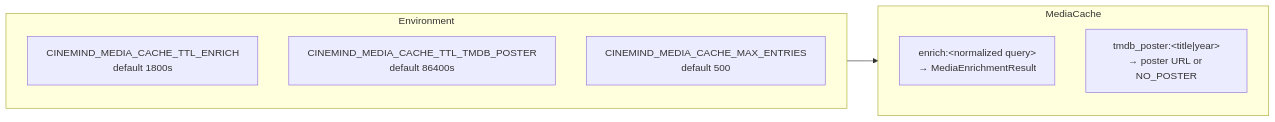
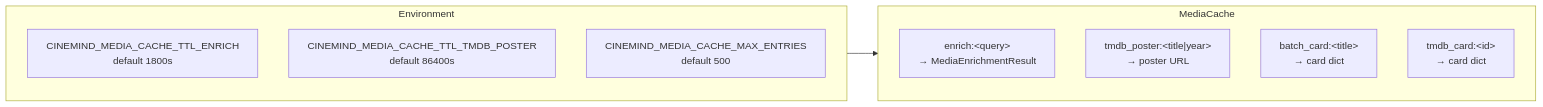
One commit to mayad123/movieAgent changed the third of 7 diagrams in docs/features/media/MEDIA_ENRICHMENT.md. Above: the diagram before and after it, drawn with Mermaid. The commit also changed other lines of this file and 3 other files, not shown here.

````diff
--- a/docs/features/media/MEDIA_ENRICHMENT.md
+++ b/docs/features/media/MEDIA_ENRICHMENT.md
@@ -239,15 +254,17 @@
 ```mermaid
 graph LR
     subgraph MediaCache
-        ENRICH_CACHE["enrich:&lt;normalized query&gt;<br/>→ MediaEnrichmentResult"]
-        POSTER_CACHE["tmdb_poster:&lt;title|year&gt;<br/>→ poster URL or NO_POSTER"]
+        ENRICH_CACHE["enrich:&lt;query&gt;<br/>→ MediaEnrichmentResult"]
+        POSTER_CACHE["tmdb_poster:&lt;title|year&gt;<br/>→ poster URL"]
+        BATCH_CACHE["batch_card:&lt;title&gt;<br/>→ card dict"]
+        ID_CACHE["tmdb_card:&lt;id&gt;<br/>→ card dict"]
     end
 
     subgraph Config["Environment"]
         TE["CINEMIND_MEDIA_CACHE_TTL_ENRICH<br/>default 1800s"]
         TP["CINEMIND_MEDIA_CACHE_TTL_TMDB_POSTER<br/>default 86400s"]
         MAX["CINEMIND_MEDIA_CACHE_MAX_ENTRIES<br/>default 500"]
     end
 
     Config --> MediaCache
 ```
````
